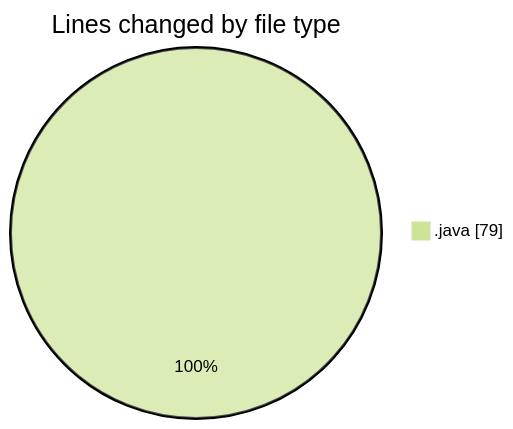
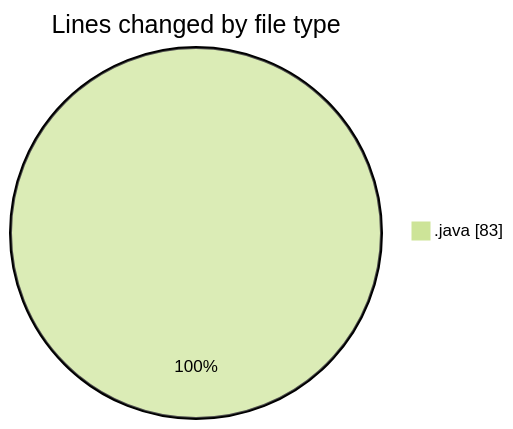
The first of 2 diagrams in 2025-01-28/java/README.md (NitaiMahat/code-tracking), drawn with Mermaid (forest theme) before and after one commit. The commit also changed other lines of this file and 1 other file, not shown here.

````diff
--- a/2025-01-28/java/README.md
+++ b/2025-01-28/java/README.md
@@ -22,5 +22,5 @@
 ```mermaid
 pie showData
 title Lines changed by file type
-".java" : 79
+".java" : 83
 ```
````
